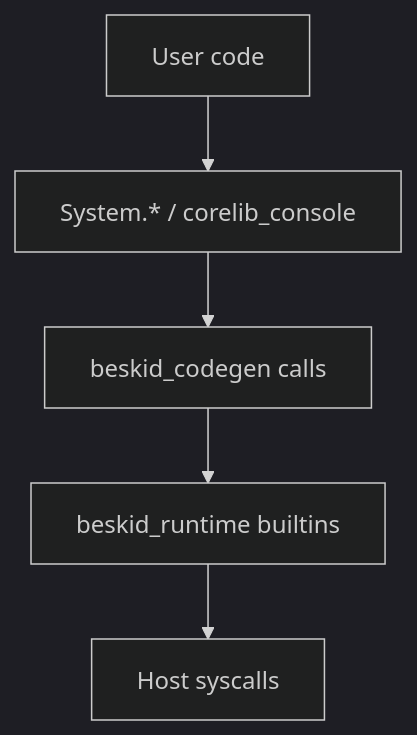
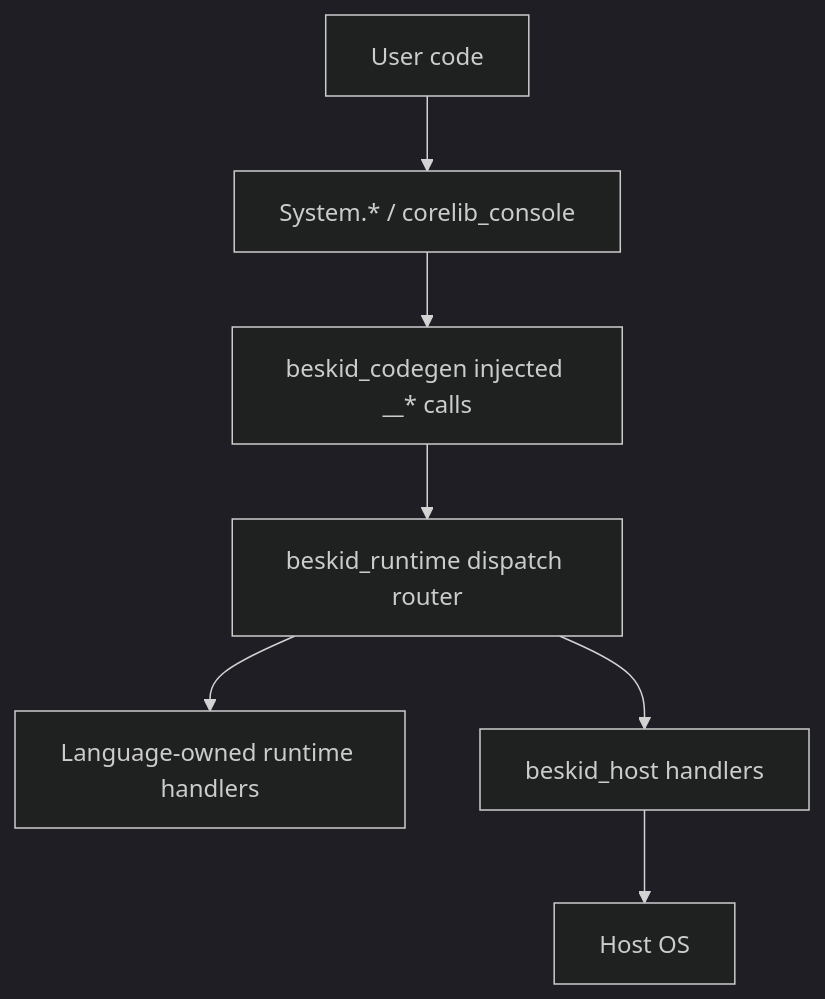
One commit to Cyber-Nomad-Collective/beskid changed the diagram in site/website/src/content/docs/platform-spec/core-library/stability-and-api-shape/runtime-backed-corelib-surfaces/design-model.mdx. Above: the diagram before and after it, drawn with Mermaid (dark theme). The commit also changed other lines of this file and 5 other files, not shown here.

Commit message:
Further work on runtime and beskid boundary

````diff
--- a/site/website/src/content/docs/platform-spec/core-library/stability-and-api-shape/runtime-backed-corelib-surfaces/design-model.mdx
+++ b/site/website/src/content/docs/platform-spec/core-library/stability-and-api-shape/runtime-backed-corelib-surfaces/design-model.mdx
@@ -39,9 +41,13 @@
 ```mermaid
 flowchart TB
   App[User code]
   Corelib[System.* / corelib_console]
-  Codegen[beskid_codegen calls]
-  RT[beskid_runtime builtins]
-  OS[Host syscalls]
-  App --> Corelib --> Codegen --> RT --> OS
+  Codegen[beskid_codegen injected __* calls]
+  Dispatch[beskid_runtime dispatch router]
+  Lang[Language-owned runtime handlers]
+  Host[beskid_host handlers]
+  OS[Host OS]
+  App --> Corelib --> Codegen --> Dispatch
+  Dispatch --> Lang
+  Dispatch --> Host --> OS
 ```
````
